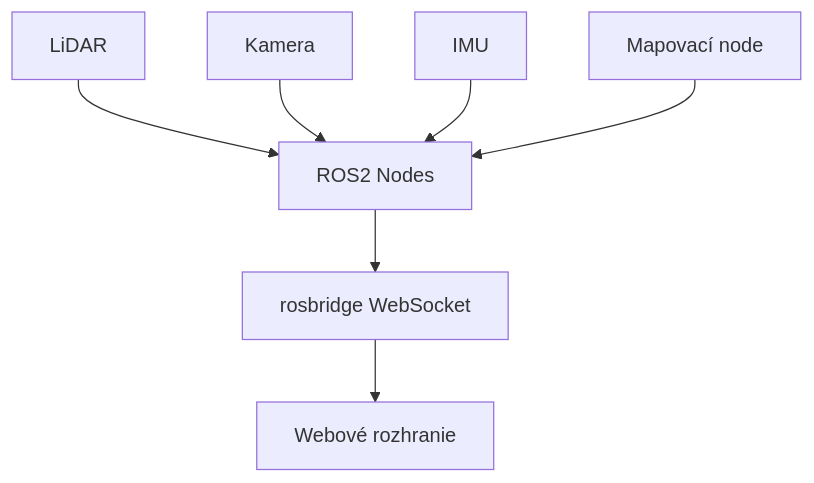
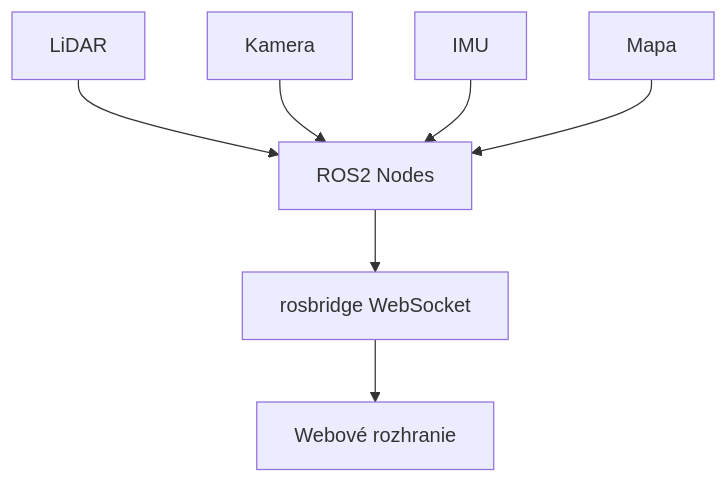
The diagram in README.md (STU-FEI-TP26-FAST-LIVO2/ROS2-Visualization), drawn with Mermaid before and after one commit.

````diff
--- a/README.md
+++ b/README.md
@@ -17,16 +17,16 @@
 ```mermaid
 graph TD
 
     A[LiDAR]
     B[Kamera]
     C[IMU]
-    D[Mapovací node]
+    D[Mapa]
 
     A --> E[ROS2 Nodes]
     B --> E
     C --> E
     D --> E
 
     E --> F[rosbridge WebSocket]
     F --> G[Webové rozhranie]
 ```
````
